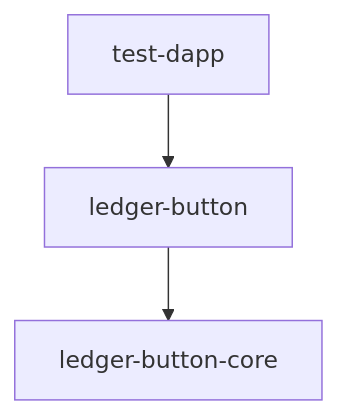
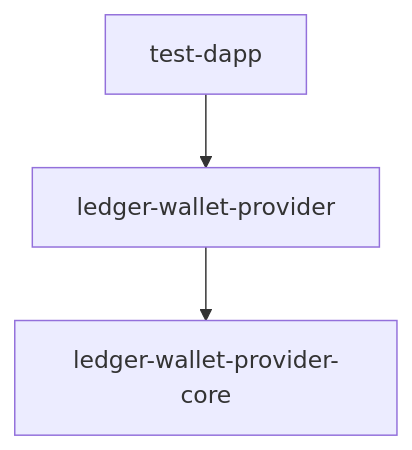
Before and after one commit to LedgerHQ/ledger-button-public: the diagram in README.md, drawn with Mermaid. The commit also changed other lines of this file and 34 other files, not shown here.

````diff
--- a/README.md
+++ b/README.md
@@ -142,5 +142,5 @@
 ```mermaid
 graph TD
-    A[ledger-button] --> B[ledger-button-core]
+    A[ledger-wallet-provider] --> B[ledger-wallet-provider-core]
     C[test-dapp] --> A
 ```
````
